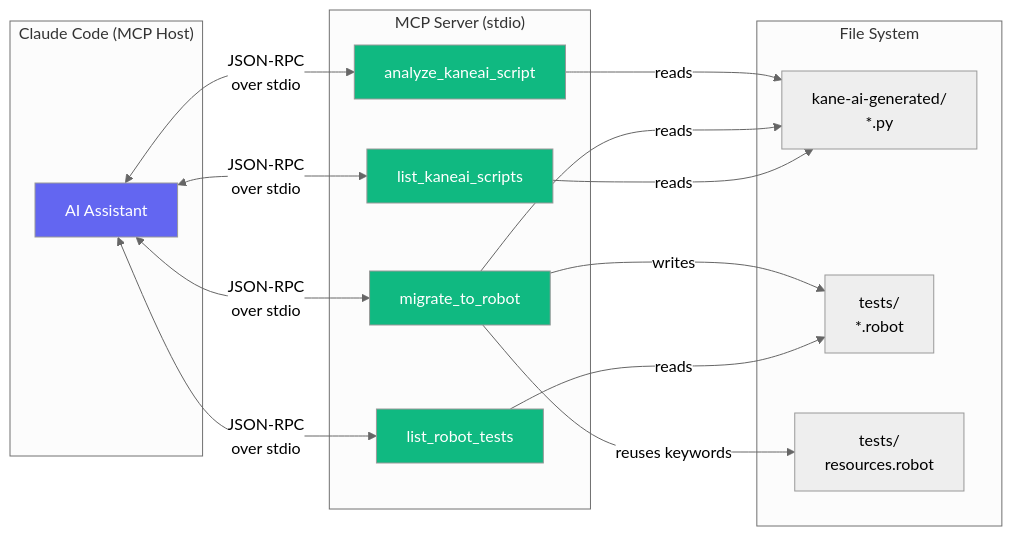
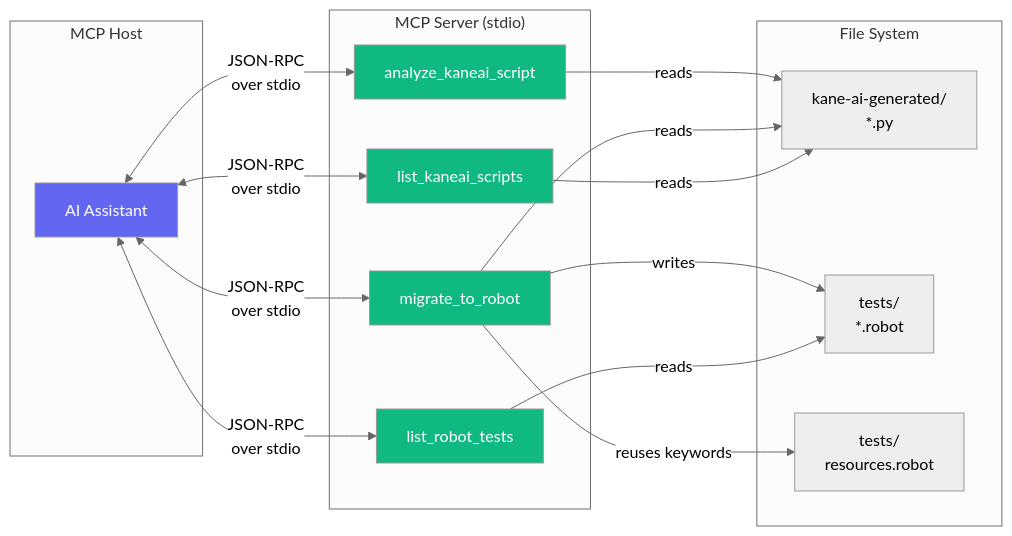
The third of 4 diagrams in WORKFLOW_SUMMARY.md (skallidah/flask-app-with-robot-tests), drawn with Mermaid (neutral theme) before and after one commit. The commit also changed other lines of this file and 1 other file, not shown here.

First line of the commit message:
Simplify diagrams and restructure guide around 12-step workflow

````diff
--- a/WORKFLOW_SUMMARY.md
+++ b/WORKFLOW_SUMMARY.md
@@ -84,37 +83,37 @@
 ```mermaid
 graph LR
-    subgraph "Claude Code (MCP Host)"
+    subgraph "MCP Host"
         AI["AI Assistant"]
     end
 
     subgraph "MCP Server (stdio)"
         T1["analyze_kaneai_script"]
         T2["migrate_to_robot"]
         T3["list_kaneai_scripts"]
         T4["list_robot_tests"]
     end
 
     subgraph "File System"
         KF["kane-ai-generated/<br/>*.py"]
         RF["tests/<br/>*.robot"]
         RES["tests/<br/>resources.robot"]
     end
 
     AI <-->|"JSON-RPC<br/>over stdio"| T1
     AI <-->|"JSON-RPC<br/>over stdio"| T2
     AI <-->|"JSON-RPC<br/>over stdio"| T3
     AI <-->|"JSON-RPC<br/>over stdio"| T4
 
     T1 -->|reads| KF
     T2 -->|reads| KF
     T2 -->|writes| RF
     T2 -->|reuses keywords| RES
     T3 -->|reads| KF
     T4 -->|reads| RF
 
     style AI fill:#6366f1,color:#fff
     style T1 fill:#10b981,color:#fff
     style T2 fill:#10b981,color:#fff
     style T3 fill:#10b981,color:#fff
     style T4 fill:#10b981,color:#fff
 ```
````
